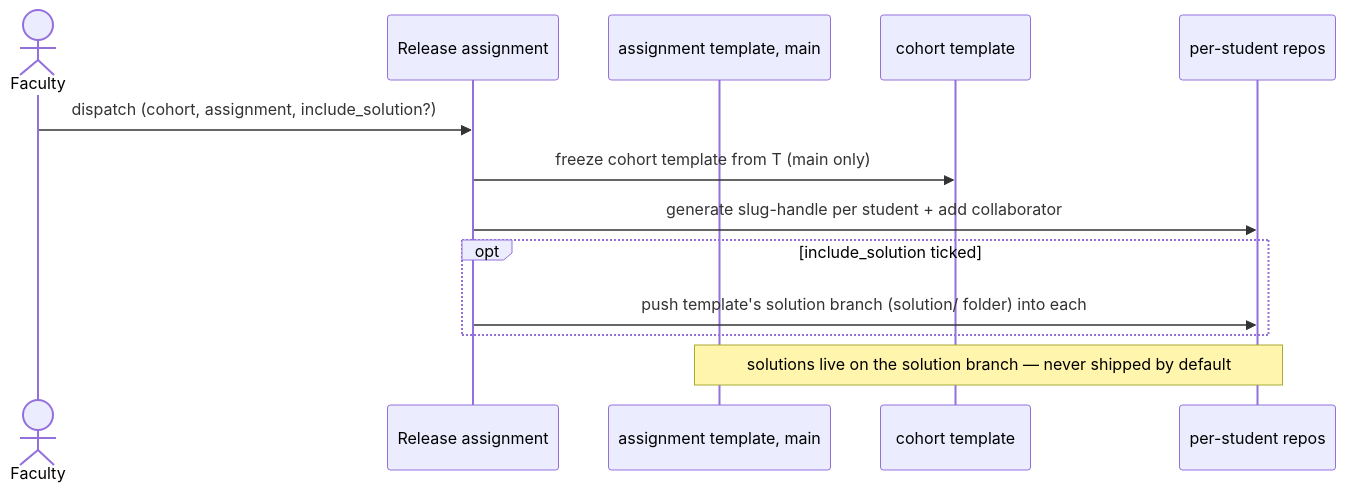
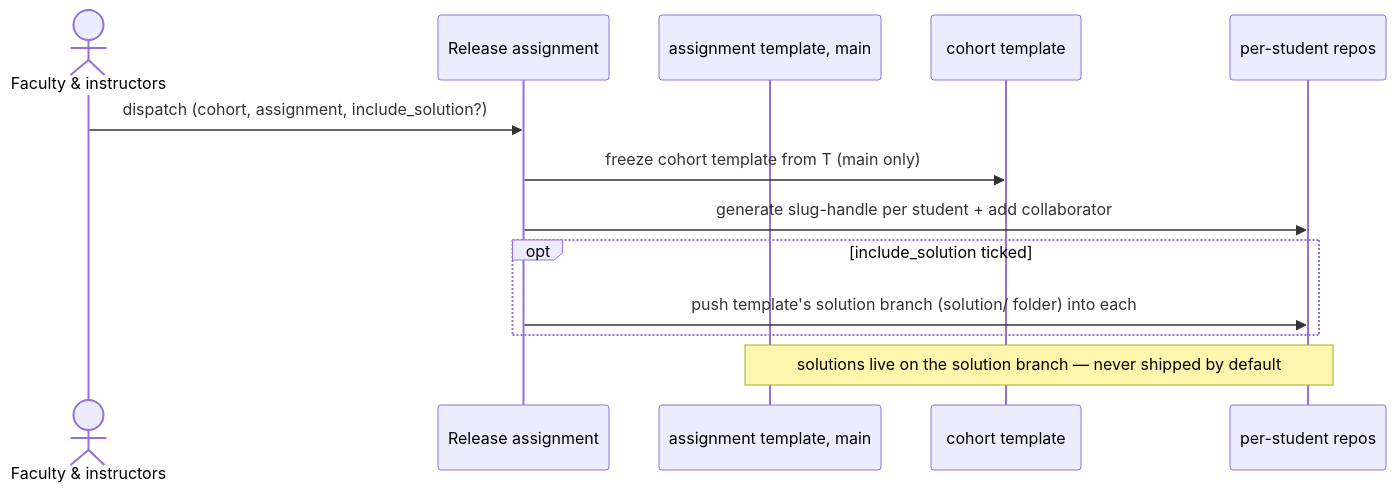
Before and after one commit to hertie-data-science-lab/dsl-teaching-course-setup: the sixth of 10 diagrams in docs/admin/architecture.md, drawn with Mermaid. The commit also changed other lines of this file and 37 other files, not shown here.

First line of the commit message:
feat(scaffold): enrich materials README/MAINTAINING, 1-base sessions, faculty & instructors term (#85)

````diff
--- a/docs/admin/architecture.md
+++ b/docs/admin/architecture.md
@@ -176,15 +176,15 @@
 ```mermaid
 sequenceDiagram
-  actor F as Faculty
+  actor F as Faculty & instructors
   participant A as Release assignment
   participant T as assignment template, main
   participant CT as cohort template
   participant S as per-student repos
   F->>A: dispatch (cohort, assignment, include_solution?)
   A->>CT: freeze cohort template from T (main only)
   A->>S: generate slug-handle per student + add collaborator
   opt include_solution ticked
     A->>S: push template's solution branch (solution/ folder) into each
   end
   Note over T,S: solutions live on the solution branch — never shipped by default
 ```
````
